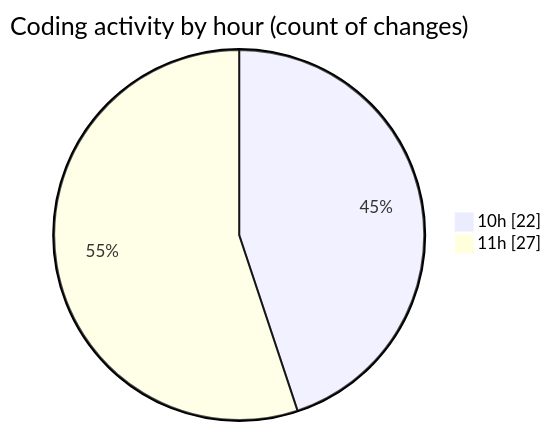
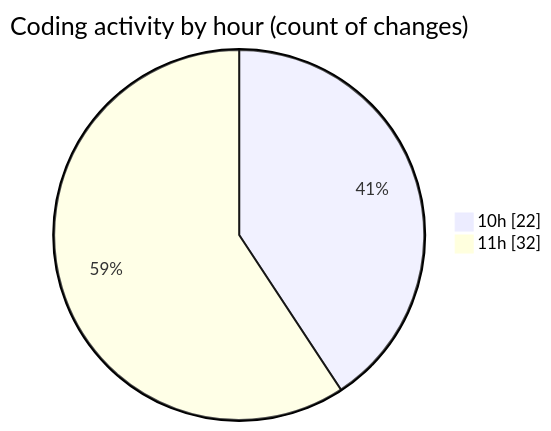
One commit to momahboobian/code-tracking changed the second of 2 diagrams in 2025-04-29/cda/README.md. Above: the diagram before and after it, drawn with Mermaid. The commit also changed other lines of this file and 1 other file, not shown here.

````diff
--- a/2025-04-29/cda/README.md
+++ b/2025-04-29/cda/README.md
@@ -36,6 +37,6 @@
 ```mermaid
 pie showData
 title Coding activity by hour (count of changes)
 "10h" : 22
-"11h" : 27
+"11h" : 32
 ```
````
